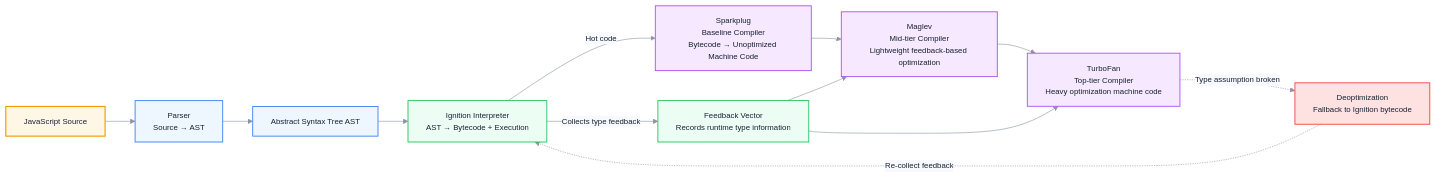
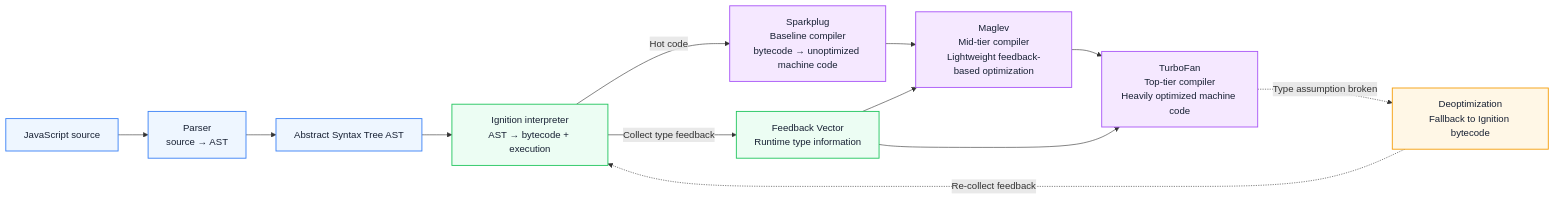
The first of 4 diagrams in docs/en/javascript/v8-jit-gc.md (Fatejian/frontier-vault), drawn with Mermaid before and after one commit. The commit also changed other lines of this file and 41 other files, not shown here.

````diff
--- a/docs/en/javascript/v8-jit-gc.md
+++ b/docs/en/javascript/v8-jit-gc.md
@@ -66,26 +60,23 @@
 ```mermaid
-%%{init: {'theme': 'base', 'themeVariables': { 'fontFamily': 'Inter, PingFang SC, Microsoft YaHei, sans-serif', 'primaryColor': '#EEF6FF', 'primaryTextColor': '#172033', 'primaryBorderColor': '#6EA8FE', 'lineColor': '#8A94A6', 'secondaryColor': '#F7F9FC', 'tertiaryColor': '#FFF7E6', 'fontSize': '13px'}}}%%
 flowchart LR
-    Src["JavaScript Source"] --> Parser["Parser<br/>Source → AST"]
+    Src["JavaScript source"] --> Parser["Parser<br/>source → AST"]
     Parser --> AST["Abstract Syntax Tree AST"]
-    AST --> Ignition["Ignition Interpreter<br/>AST → Bytecode + Execution"]
-    Ignition -- "Collects type feedback" --> Feedback["Feedback Vector<br/>Records runtime type information"]
-    Ignition -- "Hot code" --> SP["Sparkplug<br/>Baseline Compiler<br/>Bytecode → Unoptimized Machine Code"]
-    SP --> ML["Maglev<br/>Mid-tier Compiler<br/>Lightweight feedback-based optimization"]
-    ML --> TF["TurboFan<br/>Top-tier Compiler<br/>Heavy optimization machine code"]
+    AST --> Ignition["Ignition interpreter<br/>AST → bytecode + execution"]
+    Ignition -- "Collect type feedback" --> Feedback["Feedback Vector<br/>Runtime type information"]
+    Ignition -- "Hot code" --> SP["Sparkplug<br/>Baseline compiler<br/>bytecode → unoptimized machine code"]
+    SP --> ML["Maglev<br/>Mid-tier compiler<br/>Lightweight feedback-based optimization"]
+    ML --> TF["TurboFan<br/>Top-tier compiler<br/>Heavily optimized machine code"]
     Feedback --> ML
     Feedback --> TF
     TF -. "Type assumption broken" .-> Deopt["Deoptimization<br/>Fallback to Ignition bytecode"]
     Deopt -. "Re-collect feedback" .-> Ignition
 
-    classDef src fill:#FFF7E6,stroke:#F59E0B,color:#172033,stroke-width:2px;
-    classDef parse fill:#EEF6FF,stroke:#3B82F6,color:#172033,stroke-width:1.5px;
-    classDef interp fill:#ECFDF3,stroke:#22C55E,color:#172033,stroke-width:1.5px;
-    classDef opt fill:#F5E8FF,stroke:#A855F7,color:#172033,stroke-width:1.5px;
-    classDef deopt fill:#FEE2E2,stroke:#EF4444,color:#172033,stroke-width:1.5px;
-    class Src src;
-    class Parser,AST parse;
-    class Ignition,Feedback interp;
-    class SP,ML,TF opt;
-    class Deopt deopt;
+    classDef wait fill:#EEF6FF,stroke:#3B82F6,color:#172033,stroke-width:1.5px;
+    classDef work fill:#ECFDF3,stroke:#22C55E,color:#172033,stroke-width:1.5px;
+    classDef metric fill:#F5E8FF,stroke:#A855F7,color:#172033,stroke-width:1.5px;
+    classDef block fill:#FFF7E6,stroke:#F59E0B,color:#172033,stroke-width:1.5px;
+    class Src,Parser,AST wait;
+    class Ignition,Feedback work;
+    class SP,ML,TF metric;
+    class Deopt block;
 ```
````
